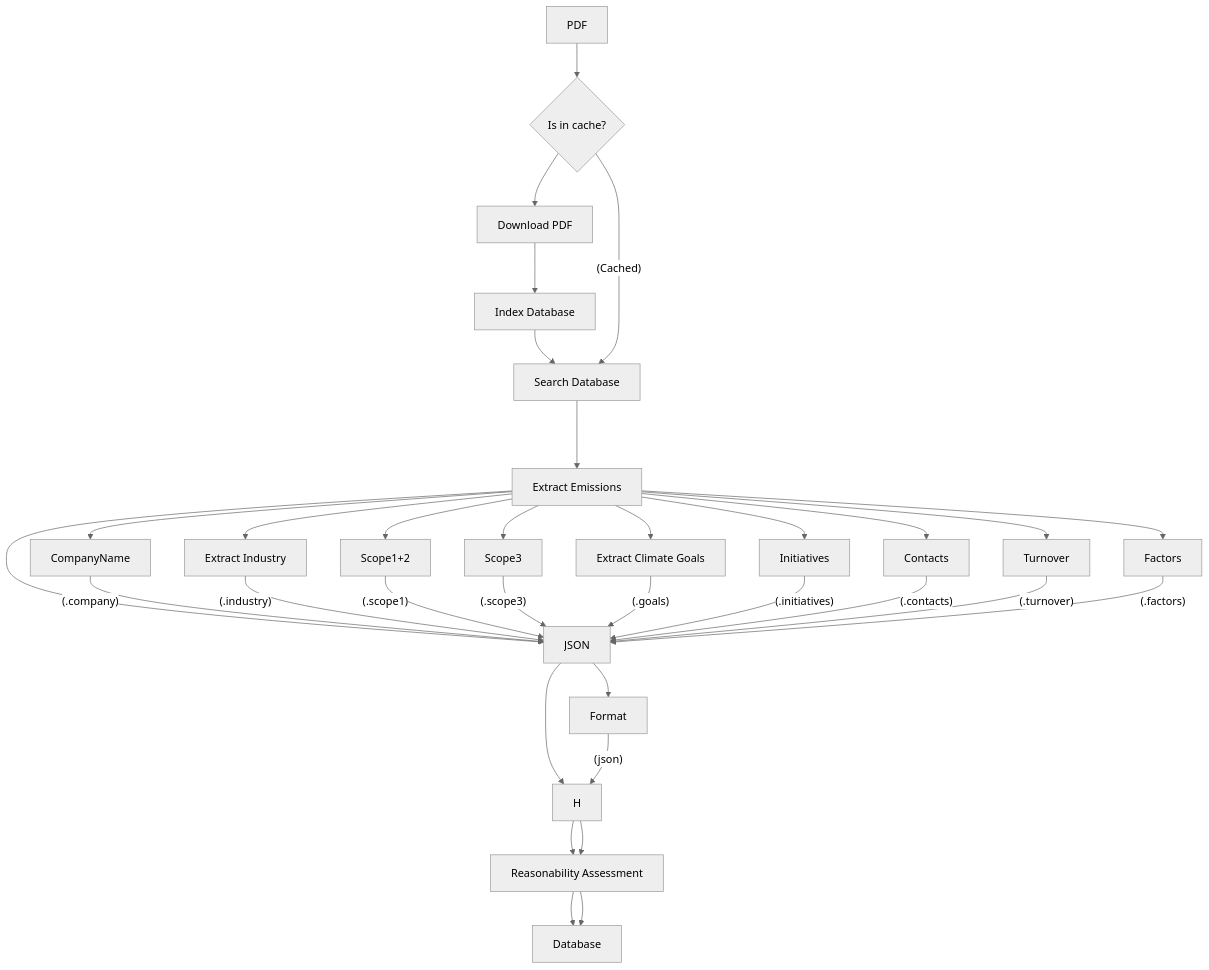
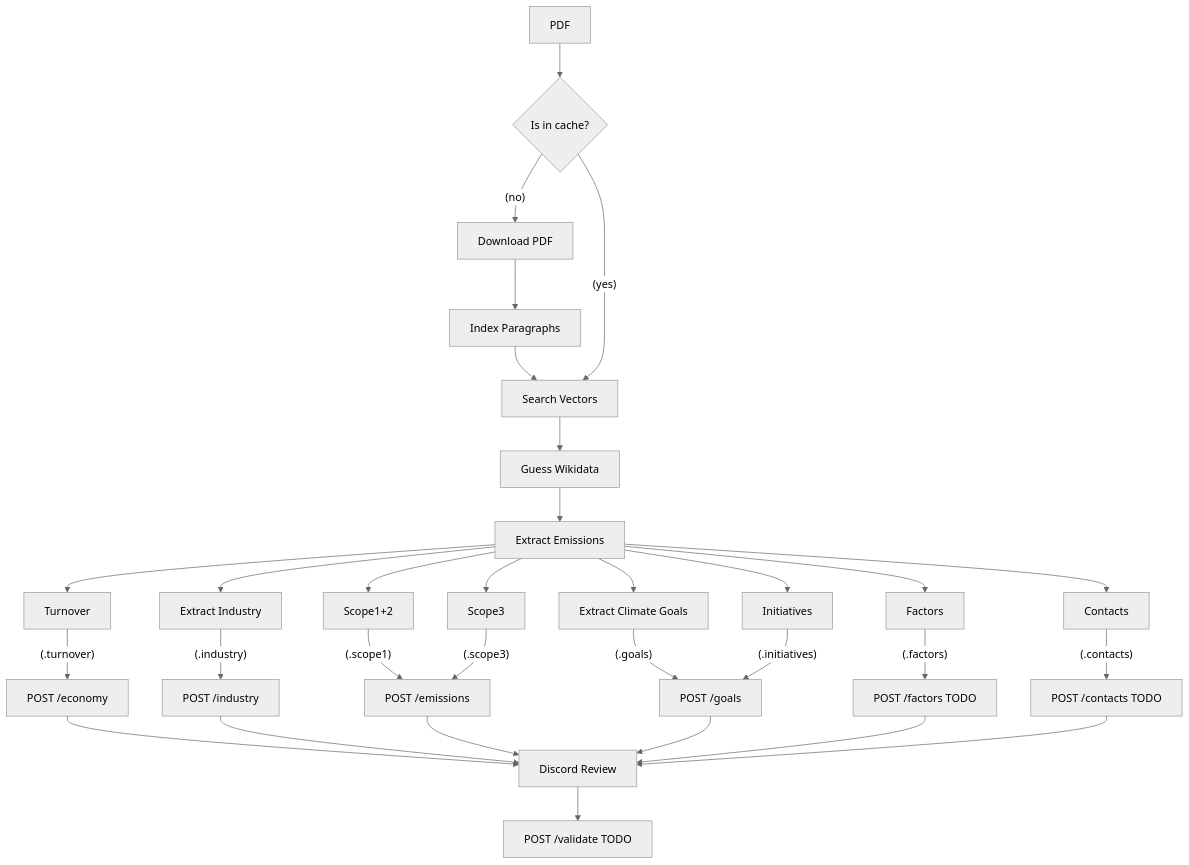
Before and after one commit to Klimatbyran/garbo: the diagram in README.md, drawn with Mermaid (neutral theme). The commit also changed 39 other files, not shown here.

First line of the commit message:
Save Garbo response to API instead of old OpenSearch (#222)

````diff
--- a/README.md
+++ b/README.md
@@ -19,36 +19,45 @@
 ```mermaid
 flowchart TB
 
-    A[PDF]
-    B{Is in cache?}
-    C[Download PDF]
-    D[Index Database]
-    E[Search Database]
-    F[Extract Emissions]
-    G[JSON]
+    PDF[PDF]
+    Cache{Is in cache?}
+    Download[Download PDF]
+    Index[Index Paragraphs]
+    Search[Search Vectors]
+    Emissions[Extract Emissions]
+    Wikidata[Guess Wikidata]
+
+    API.Economy[POST /economy]
+    API.Industry[POST /industry]
+    API.Emissions[POST /emissions]
+    API.Goals[POST /goals]
+    API.Factors[POST /factors TODO]
+    API.Contacts[POST /contacts TODO]
+    API.Review[POST /validate TODO]
 
     Industry[Extract Industry]
     Goals[Extract Climate Goals]
-    Review[Reasonability Assessment]
+    Review[Discord Review]
 
 
-    DB[Database]
+    PDF --> Cache --(no)--> Download --> Index --> Search --> Wikidata --> Emissions
+    Cache --(yes)--> Search
 
-    A --> B --> C --> D --> E ---> F ---> G ---> H
-    B --(Cached)--> E
+    Emissions --> Industry --(.industry)--> API.Industry
+    Emissions --> Scope1+2 --(.scope1)--> API.Emissions
+    Emissions --> Scope3 --(.scope3)--> API.Emissions
+    Emissions --> Goals --(.goals)--> API.Goals
+    Emissions --> Initiatives --(.initiatives)--> API.Goals
+    Emissions --> Contacts --(.contacts)--> API.Contacts
+    Emissions --> Turnover --(.turnover)--> API.Economy
+    Emissions --> Factors --(.factors)--> API.Factors
 
-    F --> CompanyName --(.company)--> G
-    F --> Industry --(.industry)--> G
-    F --> Scope1+2 --(.scope1)--> G
-    F --> Scope3 --(.scope3)--> G
-    F --> Goals --(.goals)--> G
-    F --> Initiatives --(.initiatives)--> G
-    F --> Contacts --(.contacts)--> G
-    F --> Turnover --(.turnover)--> G
-    F --> Factors --(.factors)--> G
+    API.Economy --> Review
+    API.Industry --> Review
+    API.Emissions --> Review
+    API.Goals --> Review
+    API.Factors --> Review
+    API.Contacts --> Review
 
-    G --> Format --(json)--> H
-
-    H --> Review --> DB
-    H --> Review --> DB
+    Review --> API.Review
 ```
````
